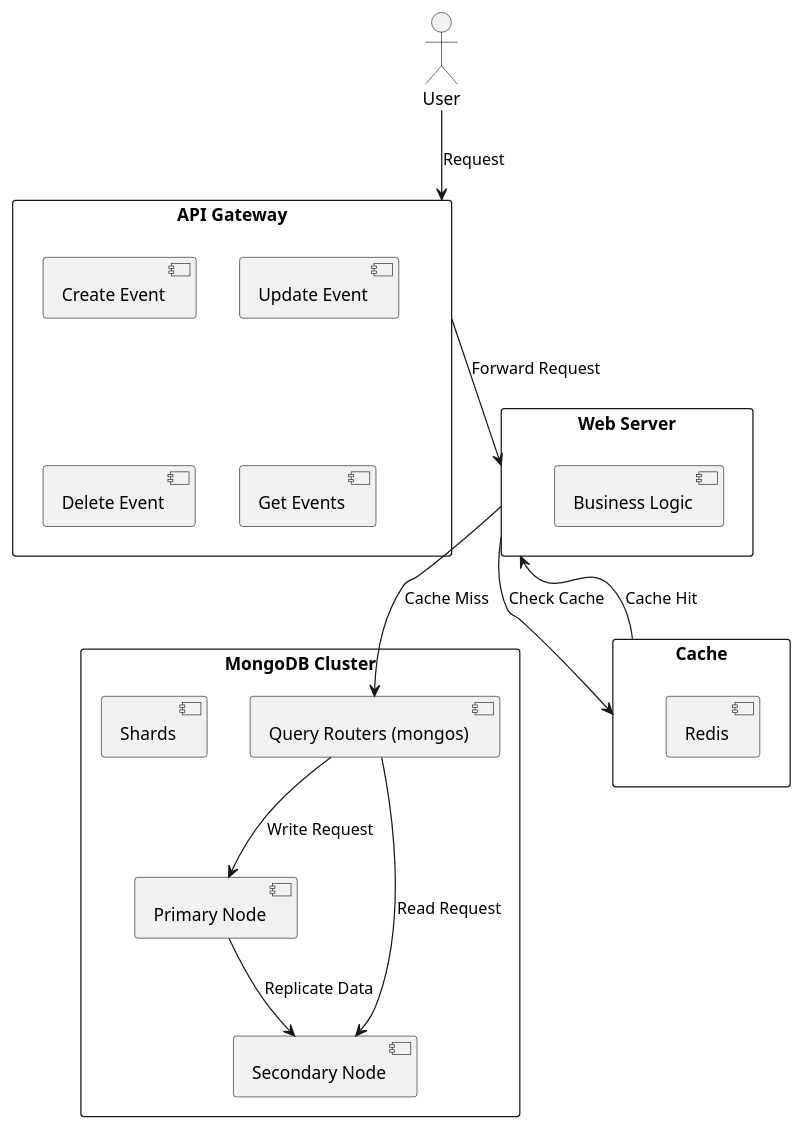
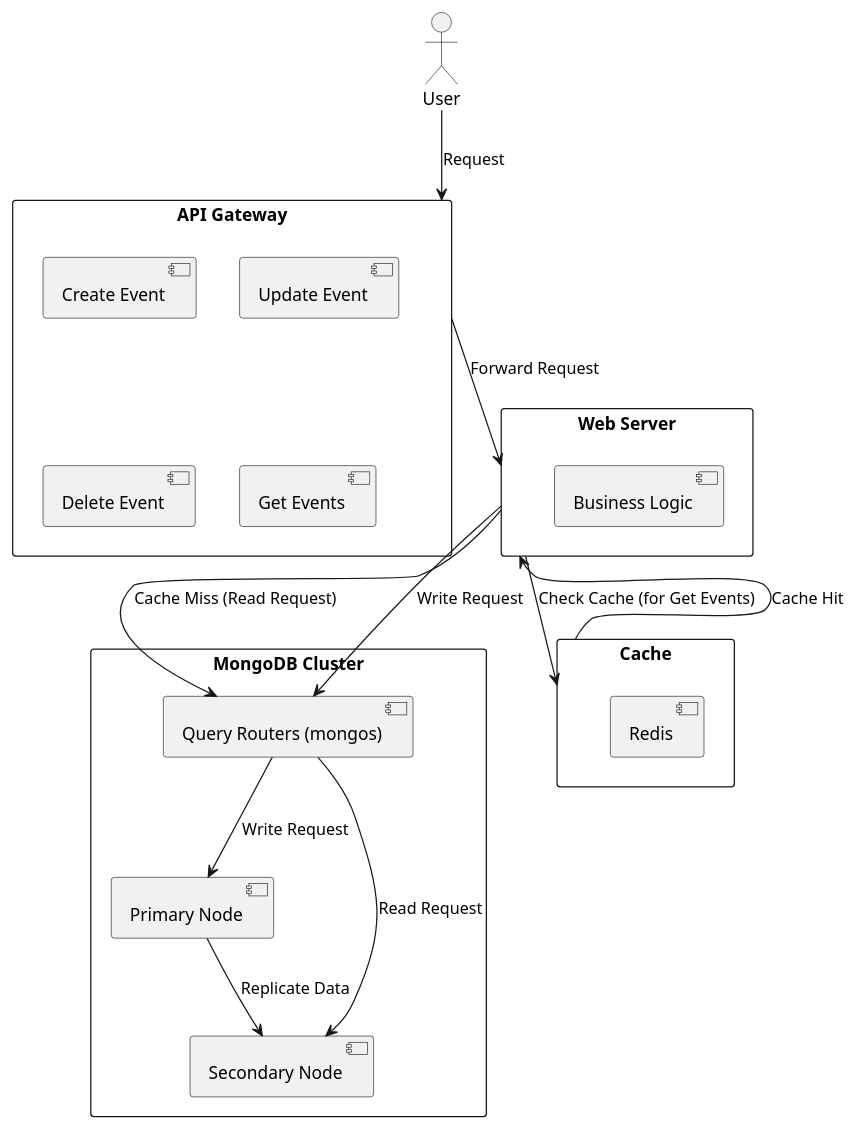
The diagram in high_traffic_calendar/high_traffic_calendar_data_flow.puml (huangyingw/system_design), drawn with PlantUML before and after one commit.

```diff
--- a/high_traffic_calendar/high_traffic_calendar_data_flow.puml
+++ b/high_traffic_calendar/high_traffic_calendar_data_flow.puml
@@ -1,36 +1,36 @@
 @startuml
 
 actor User
 
 rectangle "API Gateway" {
   [Create Event]
   [Update Event]
   [Delete Event]
   [Get Events]
 }
 
 rectangle "Web Server" {
   [Business Logic]
 }
 
 rectangle "MongoDB Cluster" {
   [Query Routers (mongos)]
-  [Shards]
   [Primary Node]
   [Secondary Node]
 }
 
 rectangle "Cache" {
   [Redis]
 }
 
 User --> "API Gateway": Request
 "API Gateway" --> "Web Server": Forward Request
-"Web Server" --> "Cache": Check Cache
+"Web Server" --> "Cache": Check Cache (for Get Events)
 "Cache" --> "Web Server": Cache Hit
-"Web Server" --> "Query Routers (mongos)": Cache Miss
+"Web Server" --> "Query Routers (mongos)": Cache Miss (Read Request)
+"Web Server" --> "Query Routers (mongos)": Write Request
 "Query Routers (mongos)" --> "Secondary Node": Read Request
 "Query Routers (mongos)" --> "Primary Node": Write Request
 "Primary Node" --> "Secondary Node": Replicate Data
 
 @enduml
```
